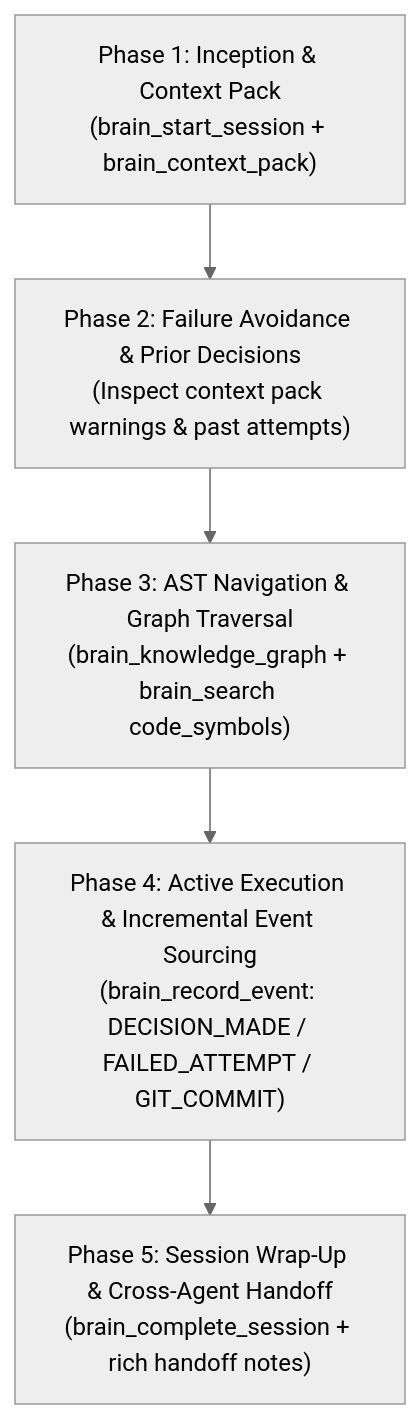
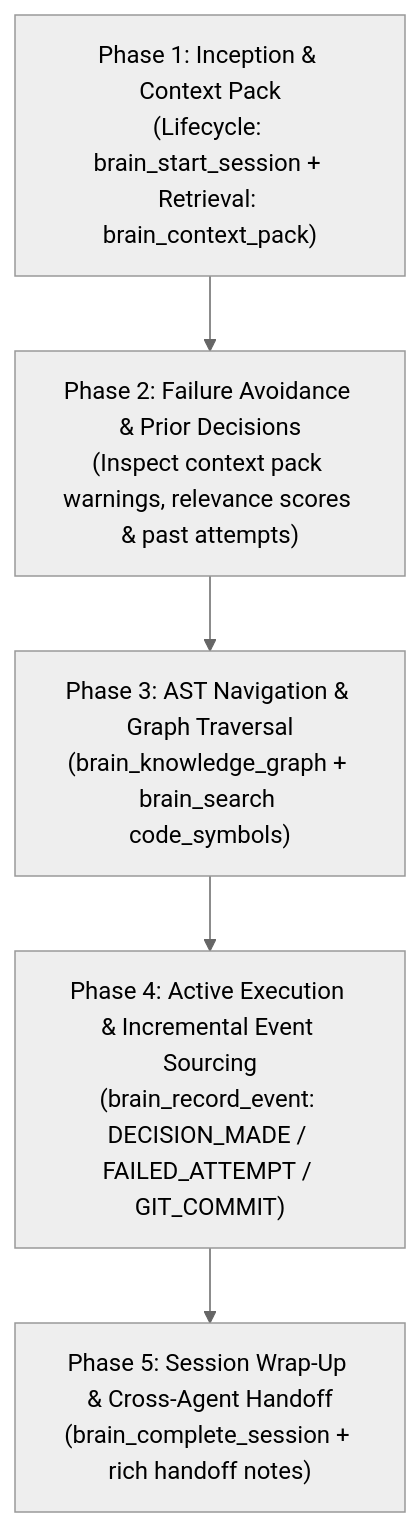
Before and after one commit to balarakesh5323-droid/Second-Brain: the diagram in .agents/skills/second-brain/SKILL.md, drawn with Mermaid (neutral theme). The commit also changed other lines of this file and 6 other files, not shown here.

Commit message:
fix(skill): synchronize retrieval policy with MCP contract, rank context pack by relevance, and add explainable memory reasons

````diff
--- a/.agents/skills/second-brain/SKILL.md
+++ b/.agents/skills/second-brain/SKILL.md
@@ -81,7 +85,7 @@
 ```mermaid
 flowchart TD
-    P1["Phase 1: Inception & Context Pack\n(brain_start_session + brain_context_pack)"] --> P2["Phase 2: Failure Avoidance & Prior Decisions\n(Inspect context pack warnings & past attempts)"]
+    P1["Phase 1: Inception & Context Pack\n(Lifecycle: brain_start_session + Retrieval: brain_context_pack)"] --> P2["Phase 2: Failure Avoidance & Prior Decisions\n(Inspect context pack warnings, relevance scores & past attempts)"]
     P2 --> P3["Phase 3: AST Navigation & Graph Traversal\n(brain_knowledge_graph + brain_search code_symbols)"]
     P3 --> P4["Phase 4: Active Execution & Incremental Event Sourcing\n(brain_record_event: DECISION_MADE / FAILED_ATTEMPT / GIT_COMMIT)"]
     P4 --> P5["Phase 5: Session Wrap-Up & Cross-Agent Handoff\n(brain_complete_session + rich handoff notes)"]
 ```
````
